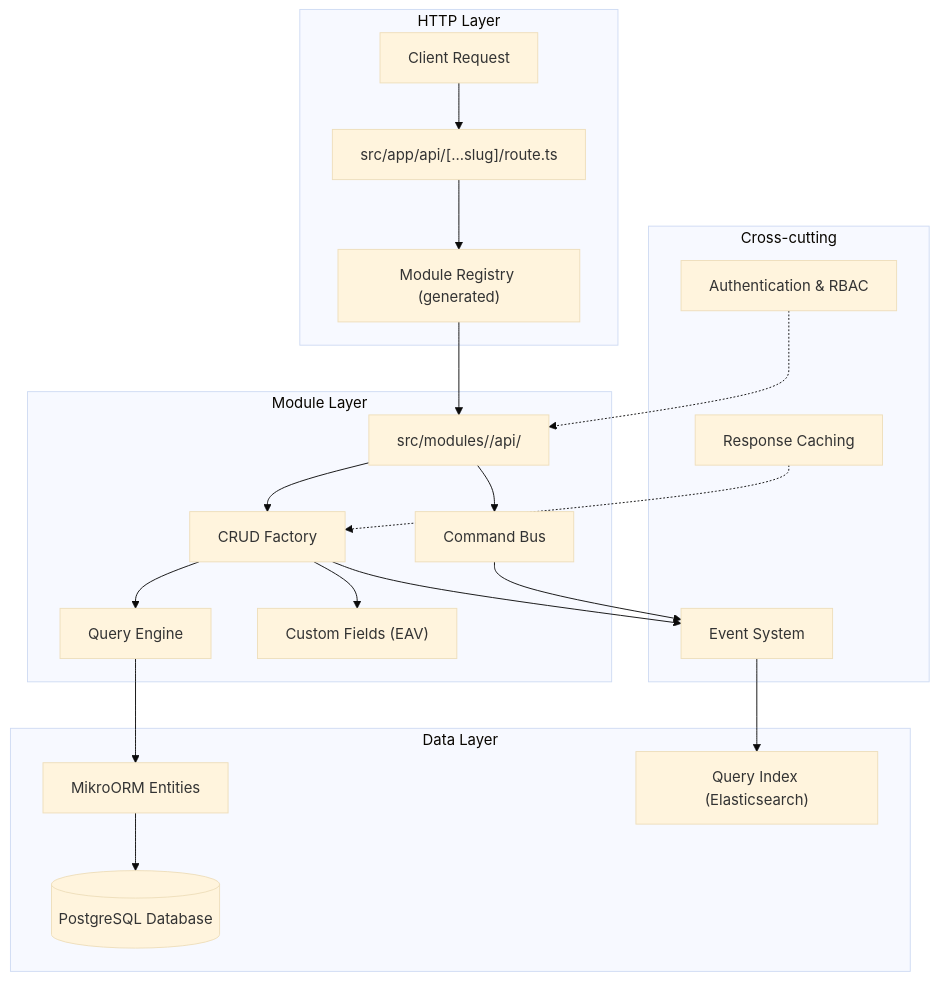
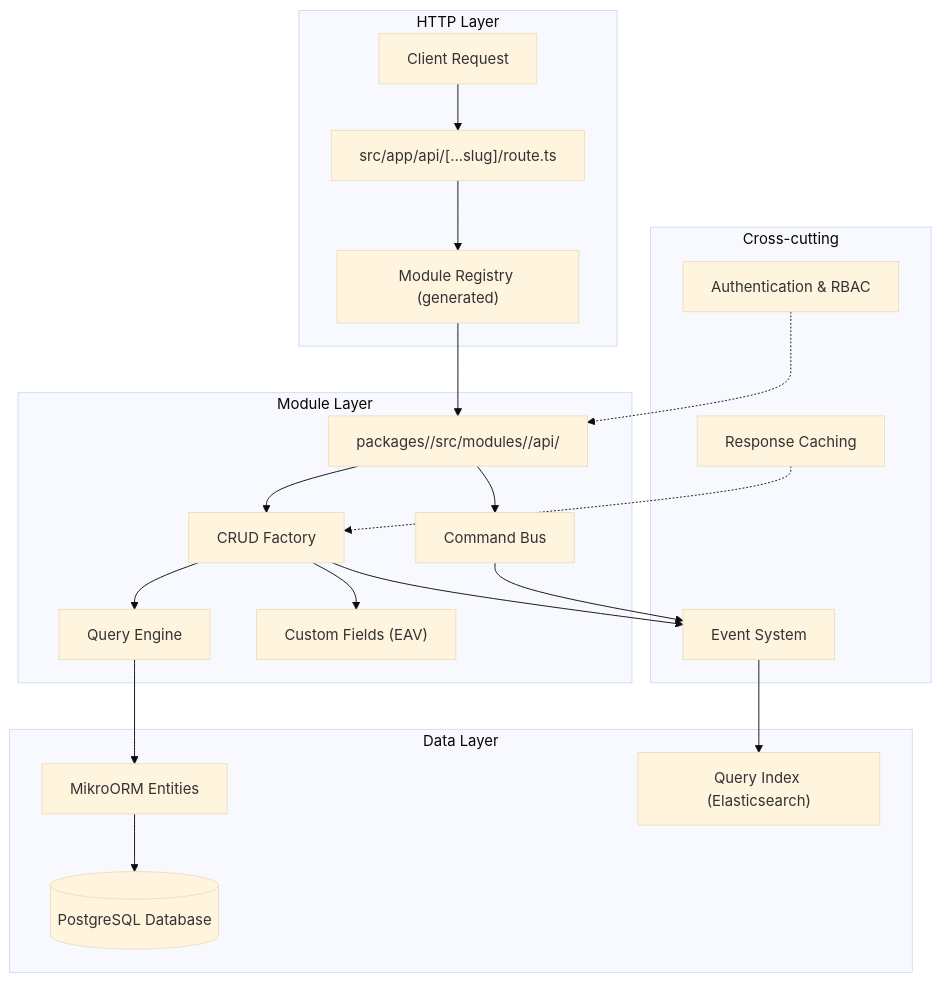
The diagram in apps/docs/docs/framework/api/api-development-guide.mdx (open-mercato/open-mercato), drawn with Mermaid (base theme) before and after one commit. The commit also changed other lines of this file and 870 other files, not shown here.

````diff
--- a/apps/docs/docs/framework/api/api-development-guide.mdx
+++ b/apps/docs/docs/framework/api/api-development-guide.mdx
@@ -12,43 +12,43 @@
 ```mermaid
 graph TB
     subgraph "HTTP Layer"
         Client["Client Request"]
         Dispatcher["src/app/api/[...slug]/route.ts"]
         Registry["Module Registry (generated)"]
     end
 
     subgraph "Module Layer"
-        Route["src/modules/<module>/api/<path>/route.ts"]
+        Route["packages/<pkg>/src/modules/<module>/api/<path>/route.ts"]
         CRUD["CRUD Factory"]
         Commands["Command Bus"]
         QueryEngine["Query Engine"]
         CustomFields["Custom Fields (EAV)"]
     end
 
     subgraph "Data Layer"
         ORM["MikroORM Entities"]
         DB[("PostgreSQL Database")]
         Search["Query Index (Elasticsearch)"]
     end
 
     subgraph "Cross-cutting"
         Events["Event System"]
         Cache["Response Caching"]
         Auth["Authentication & RBAC"]
     end
 
     Client --> Dispatcher
     Dispatcher --> Registry
     Registry --> Route
     Route --> CRUD
     Route --> Commands
     CRUD --> QueryEngine
     CRUD --> CustomFields
     CRUD --> Events
     Commands --> Events
     QueryEngine --> ORM
     ORM --> DB
     Events --> Search
     Auth -.-> Route
     Cache -.-> CRUD
 ```
````
